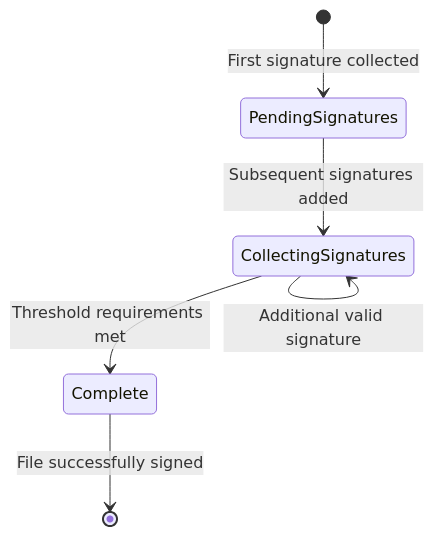
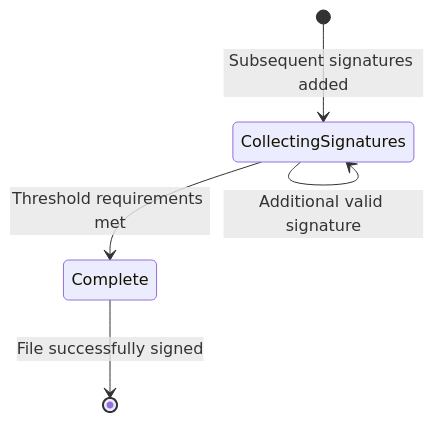
One commit to asfaload/spec changed the second of 8 diagrams in spec.md. Above: the diagram before and after it, drawn with Mermaid. The commit also changed other lines of this file, not shown here.

````diff
--- a/spec.md
+++ b/spec.md
@@ -95,8 +106,7 @@
 ```mermaid
 stateDiagram-v2
-    [*] --> PendingSignatures: First signature collected
-    PendingSignatures --> CollectingSignatures: Subsequent signatures added
+    [*] -->  CollectingSignatures: Subsequent signatures added
     CollectingSignatures --> Complete: Threshold requirements met
     CollectingSignatures --> CollectingSignatures: Additional valid signature
     Complete --> [*]: File successfully signed
 ```
````
